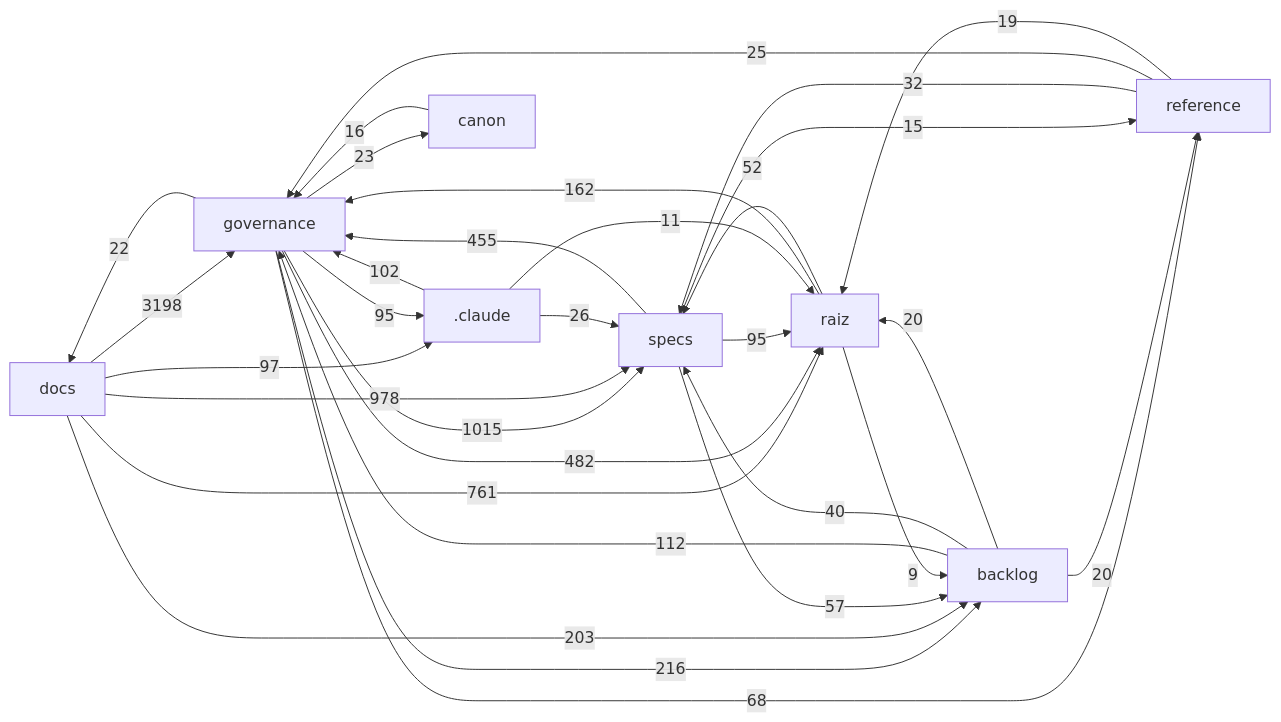
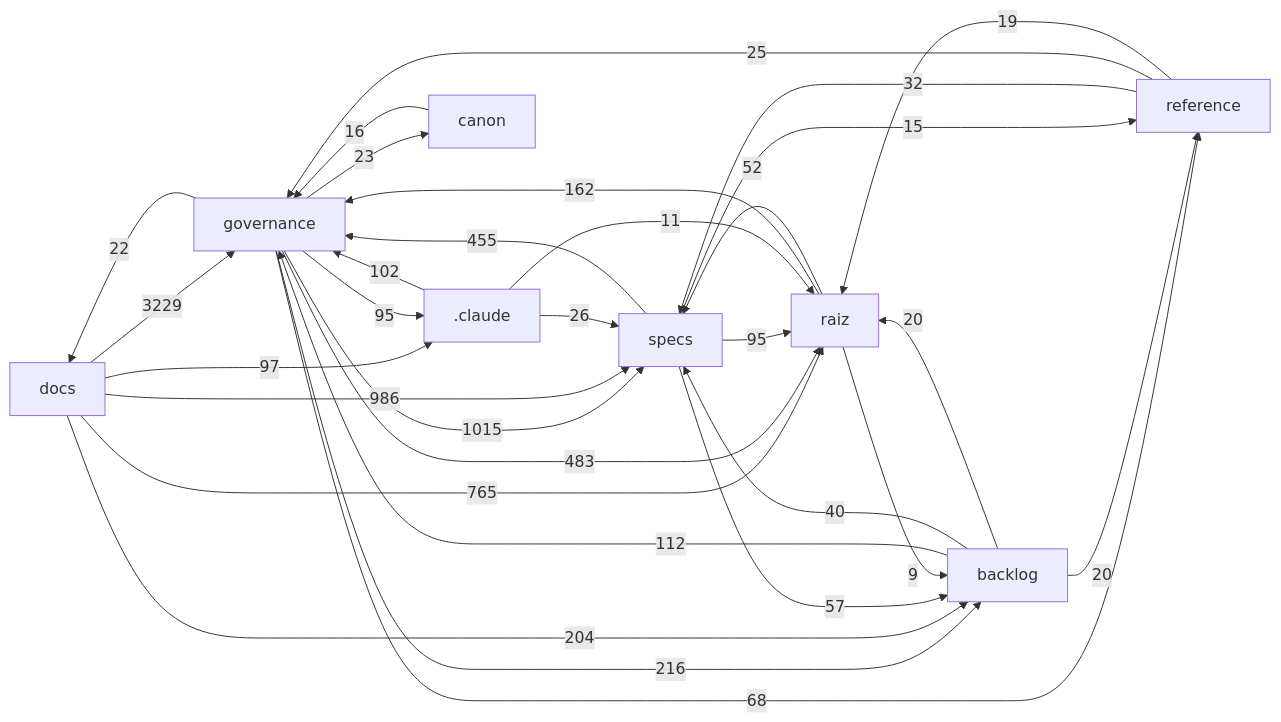
The diagram in docs/mapa/MAPA-PROJETO.md (Andraus35/Sistema-Operacional-de-Trading--SOT), drawn with Mermaid before and after one commit. The commit also changed other lines of this file and 7 other files, not shown here.

````diff
--- a/docs/mapa/MAPA-PROJETO.md
+++ b/docs/mapa/MAPA-PROJETO.md
@@ -29,33 +29,33 @@
 ```mermaid
 flowchart LR
-  docs["docs"] -->|3198| governance["governance"]
+  docs["docs"] -->|3229| governance["governance"]
   governance["governance"] -->|1015| specs["specs"]
-  docs["docs"] -->|978| specs["specs"]
-  docs["docs"] -->|761| raiz["raiz"]
-  governance["governance"] -->|482| raiz["raiz"]
+  docs["docs"] -->|986| specs["specs"]
+  docs["docs"] -->|765| raiz["raiz"]
+  governance["governance"] -->|483| raiz["raiz"]
   specs["specs"] -->|455| governance["governance"]
   governance["governance"] -->|216| backlog["backlog"]
-  docs["docs"] -->|203| backlog["backlog"]
+  docs["docs"] -->|204| backlog["backlog"]
   raiz["raiz"] -->|162| governance["governance"]
   backlog["backlog"] -->|112| governance["governance"]
   _claude[".claude"] -->|102| governance["governance"]
   docs["docs"] -->|97| _claude[".claude"]
   governance["governance"] -->|95| _claude[".claude"]
   specs["specs"] -->|95| raiz["raiz"]
   governance["governance"] -->|68| reference["reference"]
   specs["specs"] -->|57| backlog["backlog"]
   raiz["raiz"] -->|52| specs["specs"]
   backlog["backlog"] -->|40| specs["specs"]
   reference["reference"] -->|32| specs["specs"]
   _claude[".claude"] -->|26| specs["specs"]
   reference["reference"] -->|25| governance["governance"]
   governance["governance"] -->|23| canon["canon"]
   governance["governance"] -->|22| docs["docs"]
   backlog["backlog"] -->|20| raiz["raiz"]
   backlog["backlog"] -->|20| reference["reference"]
   reference["reference"] -->|19| raiz["raiz"]
   canon["canon"] -->|16| governance["governance"]
   specs["specs"] -->|15| reference["reference"]
   _claude[".claude"] -->|11| raiz["raiz"]
   raiz["raiz"] -->|9| backlog["backlog"]
 ```
````
